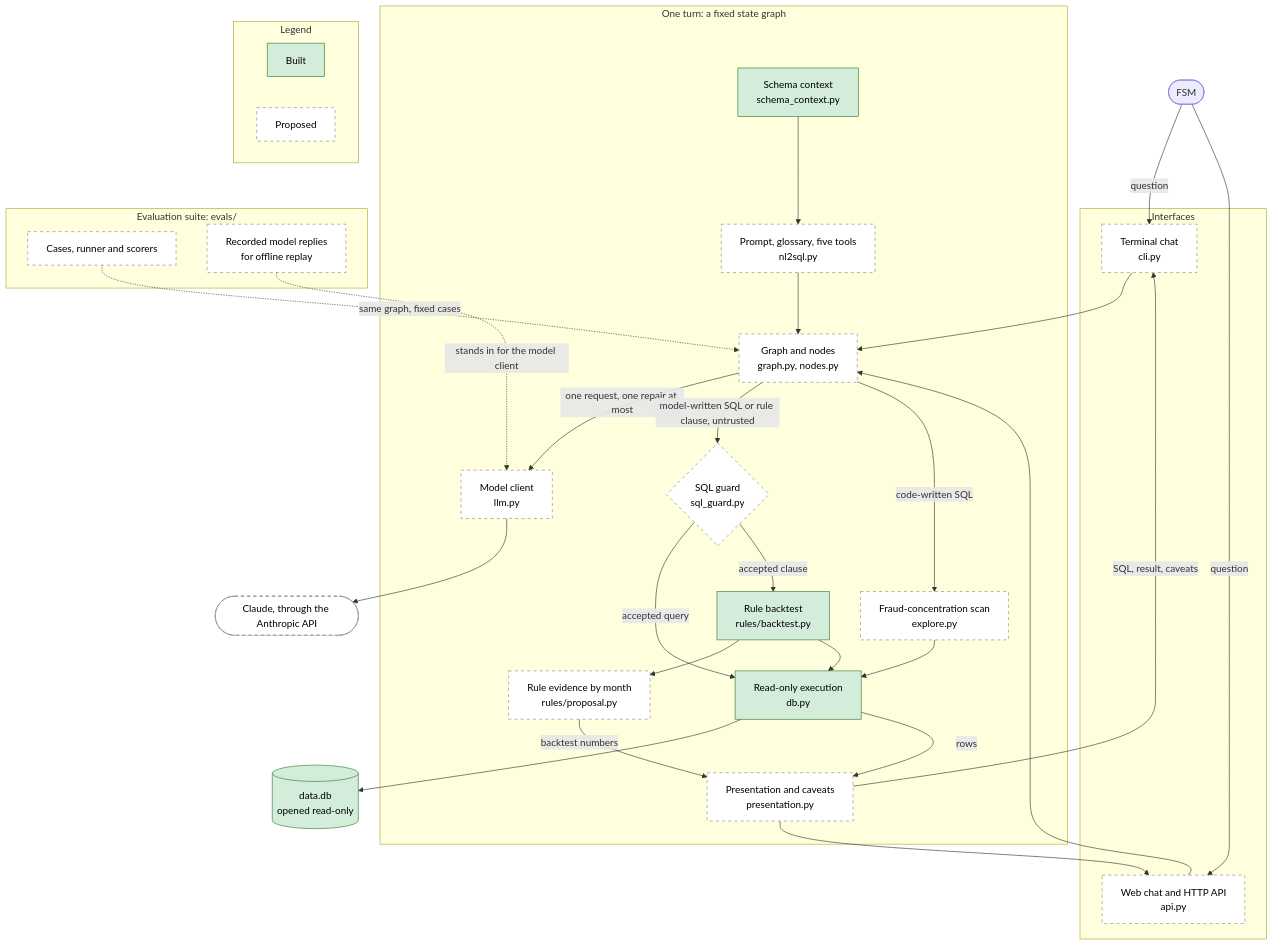
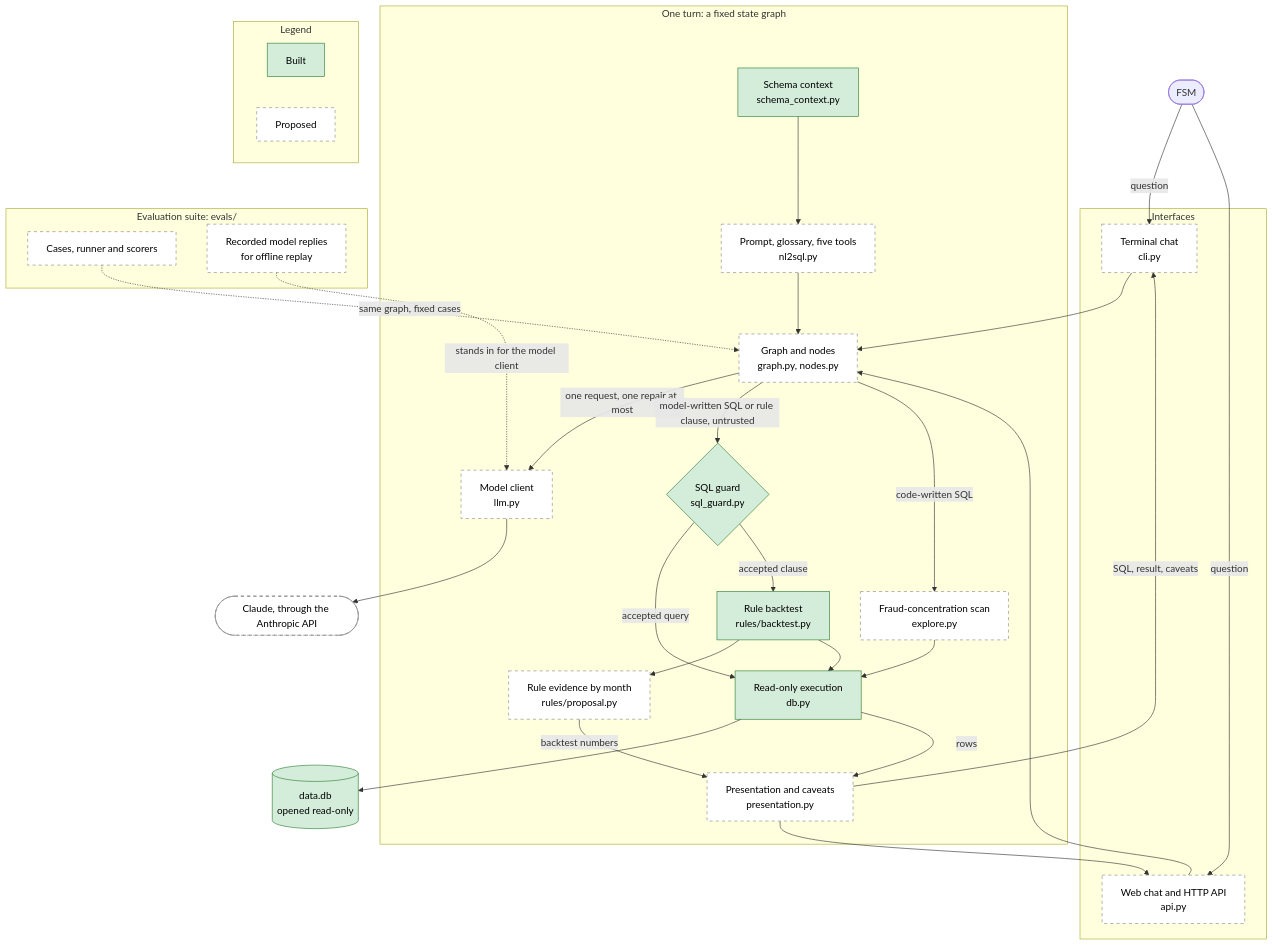
One commit to eliandrog/fsm-assistant-challenge changed the first of 2 diagrams in docs/ARCHITECTURE.md. Above: the diagram before and after it, drawn with Mermaid. The commit also changed other lines of this file and 20 other files, not shown here.

````diff
--- a/docs/ARCHITECTURE.md
+++ b/docs/ARCHITECTURE.md
@@ -37,63 +37,63 @@
 ```mermaid
 flowchart TD
     FSM(["FSM"])
 
     subgraph IF["Interfaces"]
         CLI["Terminal chat<br/>cli.py"]
         WEB["Web chat and HTTP API<br/>api.py"]
     end
 
     subgraph TURN["One turn: a fixed state graph"]
         GRAPH["Graph and nodes<br/>graph.py, nodes.py"]
         PROMPT["Prompt, glossary, five tools<br/>nl2sql.py"]
         SCHEMA["Schema context<br/>schema_context.py"]
         MODEL["Model client<br/>llm.py"]
         GUARD{"SQL guard<br/>sql_guard.py"}
         EXEC["Read-only execution<br/>db.py"]
         BT["Rule backtest<br/>rules/backtest.py"]
         PROP["Rule evidence by month<br/>rules/proposal.py"]
         SCAN["Fraud-concentration scan<br/>explore.py"]
         PRES["Presentation and caveats<br/>presentation.py"]
     end
 
     CLAUDE(["Claude, through the Anthropic API"])
     DB[("data.db<br/>opened read-only")]
 
     subgraph EV["Evaluation suite: evals/"]
         CASES["Cases, runner and scorers"]
         REC["Recorded model replies<br/>for offline replay"]
     end
 
     FSM -->|"question"| CLI
     FSM -->|"question"| WEB
     CLI --> GRAPH
     WEB --> GRAPH
     SCHEMA --> PROMPT
     PROMPT --> GRAPH
     GRAPH -->|"one request, one repair at most"| MODEL
     MODEL --> CLAUDE
     GRAPH -->|"model-written SQL or rule clause, untrusted"| GUARD
     GUARD -->|"accepted query"| EXEC
     GUARD -->|"accepted clause"| BT
     BT --> PROP
     BT --> EXEC
     GRAPH -->|"code-written SQL"| SCAN
     SCAN --> EXEC
     EXEC --> DB
     EXEC -->|"rows"| PRES
     PROP -->|"backtest numbers"| PRES
     PRES -->|"SQL, result, caveats"| CLI
     PRES --> WEB
     CASES -.->|"same graph, fixed cases"| GRAPH
     REC -.->|"stands in for the model client"| MODEL
 
     subgraph LEGEND["Legend"]
         L1["Built"]
         L2["Proposed"]
     end
 
     classDef built fill:#d4edda,stroke:#2e7d32,color:#000
     classDef proposed fill:#ffffff,stroke:#888888,stroke-dasharray: 5 5,color:#000
-    class SCHEMA,EXEC,BT,DB,L1 built
-    class CLI,WEB,GRAPH,PROMPT,MODEL,GUARD,PROP,SCAN,PRES,CASES,REC,CLAUDE,L2 proposed
+    class SCHEMA,EXEC,BT,GUARD,DB,L1 built
+    class CLI,WEB,GRAPH,PROMPT,MODEL,PROP,SCAN,PRES,CASES,REC,CLAUDE,L2 proposed
 ```
````
